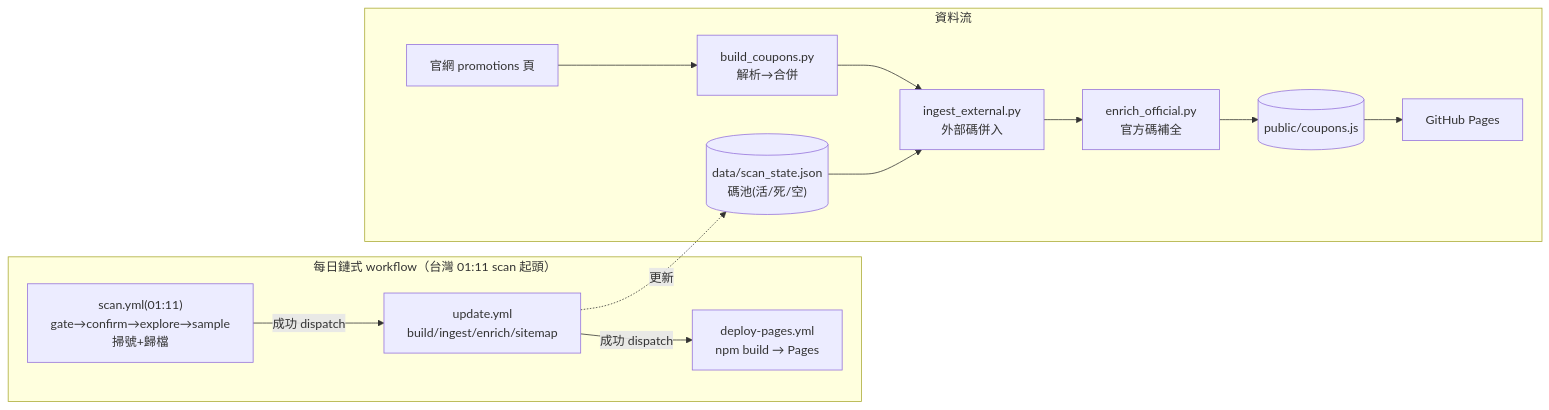
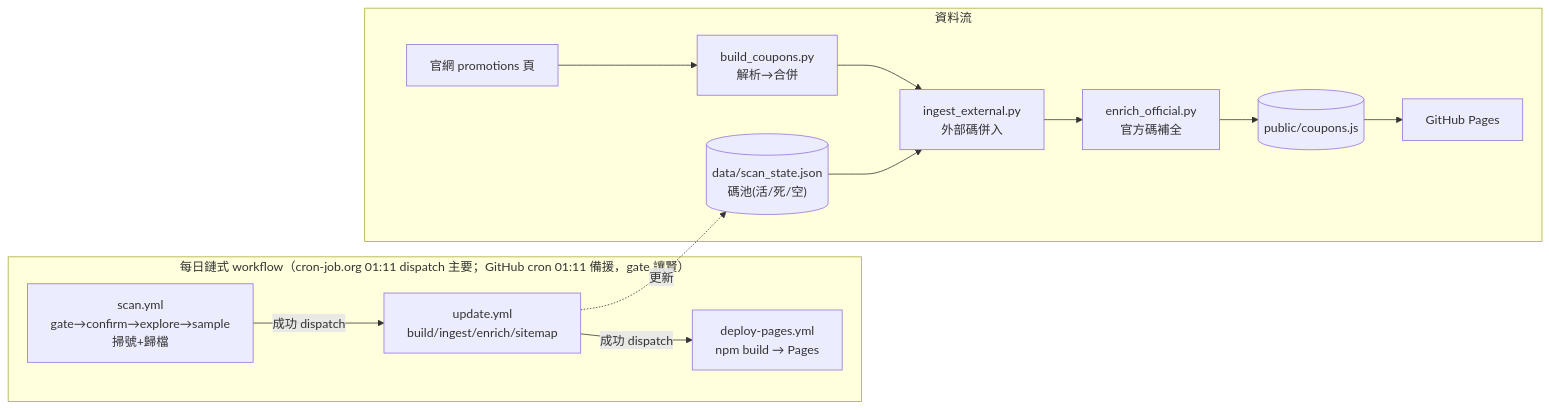
One commit to happk/HutDeals changed the first of 2 diagrams in docs/workflow.md. Above: the diagram before and after it, drawn with Mermaid. The commit also changed other lines of this file and 5 other files, not shown here.

First line of the commit message:
chore(release): v1.0.4 — 掃號去重 / cron-job 備援讓賢 / 節奏調降

````diff
--- a/docs/workflow.md
+++ b/docs/workflow.md
@@ -8,17 +8,17 @@
 ```mermaid
 flowchart LR
-  subgraph 每日CI["每日鏈式 workflow（台灣 01:11 scan 起頭）"]
-    SCAN["scan.yml(01:11)<br/>gate→confirm→explore→sample<br/>掃號+歸檔"] -->|"成功 dispatch"| UPDATE["update.yml<br/>build/ingest/enrich/sitemap"]
+  subgraph 每日CI["每日鏈式 workflow（cron-job.org 01:11 dispatch 主要；GitHub cron 01:11 備援，gate 讓賢）"]
+    SCAN["scan.yml<br/>gate→confirm→explore→sample<br/>掃號+歸檔"] -->|"成功 dispatch"| UPDATE["update.yml<br/>build/ingest/enrich/sitemap"]
     UPDATE -->|"成功 dispatch"| DEPLOY["deploy-pages.yml<br/>npm build → Pages"]
   end
 
   subgraph 資料流["資料流"]
     OFF["官網 promotions 頁"] --> BUILD["build_coupons.py<br/>解析→合併"]
     STATE[("data/scan_state.json<br/>碼池(活/死/空)")] --> INGEST["ingest_external.py<br/>外部碼併入"]
     BUILD --> INGEST
     INGEST --> ENRICH["enrich_official.py<br/>官方碼補全"]
     ENRICH --> OUT[("public/coupons.js")]
     OUT --> PAGES["GitHub Pages"]
   end
   UPDATE -.更新.-> STATE
 ```
````
